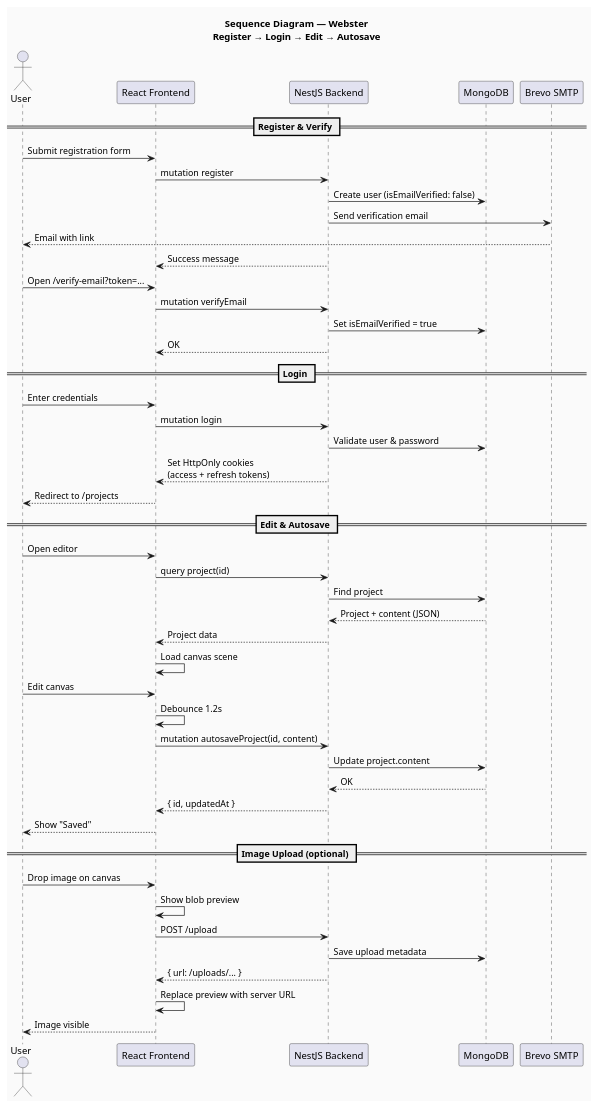
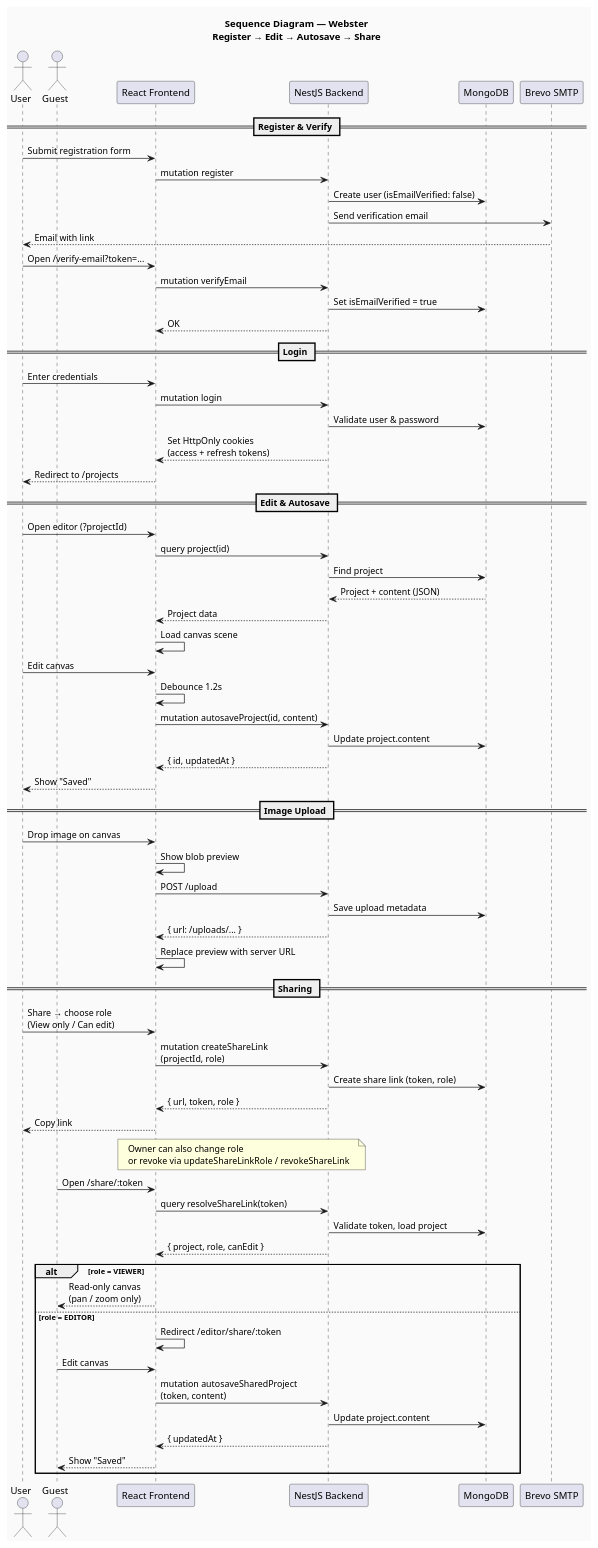
One commit to Lordpluha/webster changed the diagram in docs/diagrams/sequence.puml. Above: the diagram before and after it, drawn with PlantUML. The commit also changed 8 other files, not shown here.

```diff
--- a/docs/diagrams/sequence.puml
+++ b/docs/diagrams/sequence.puml
@@ -1,61 +1,87 @@
 @startuml sequence
 skinparam backgroundColor #FAFAFA
 
-title Sequence Diagram — Webster\nRegister → Login → Edit → Autosave
+title Sequence Diagram — Webster\nRegister → Edit → Autosave → Share
 
 actor User
+actor Guest
 participant "React Frontend" as FE
 participant "NestJS Backend" as BE
 participant "MongoDB" as DB
 participant "Brevo SMTP" as Mail
 
 == Register & Verify ==
 
 User -> FE : Submit registration form
 FE -> BE : mutation register
 BE -> DB : Create user (isEmailVerified: false)
 BE -> Mail : Send verification email
 Mail --> User : Email with link
-BE --> FE : Success message
-
 User -> FE : Open /verify-email?token=...
 FE -> BE : mutation verifyEmail
 BE -> DB : Set isEmailVerified = true
 BE --> FE : OK
 
 == Login ==
 
 User -> FE : Enter credentials
 FE -> BE : mutation login
 BE -> DB : Validate user & password
 BE --> FE : Set HttpOnly cookies\n(access + refresh tokens)
 FE --> User : Redirect to /projects
 
 == Edit & Autosave ==
 
-User -> FE : Open editor
+User -> FE : Open editor (?projectId)
 FE -> BE : query project(id)
 BE -> DB : Find project
 DB --> BE : Project + content (JSON)
 BE --> FE : Project data
 FE -> FE : Load canvas scene
 
 User -> FE : Edit canvas
 FE -> FE : Debounce 1.2s
 FE -> BE : mutation autosaveProject(id, content)
 BE -> DB : Update project.content
-DB --> BE : OK
 BE --> FE : { id, updatedAt }
 FE --> User : Show "Saved"
 
-== Image Upload (optional) ==
+== Image Upload ==
 
 User -> FE : Drop image on canvas
 FE -> FE : Show blob preview
 FE -> BE : POST /upload
 BE -> DB : Save upload metadata
 BE --> FE : { url: /uploads/... }
 FE -> FE : Replace preview with server URL
-FE --> User : Image visible
+
+== Sharing ==
+
+User -> FE : Share → choose role\n(View only / Can edit)
+FE -> BE : mutation createShareLink\n(projectId, role)
+BE -> DB : Create share link (token, role)
+BE --> FE : { url, token, role }
+FE --> User : Copy link
+
+note over FE, BE
+  Owner can also change role
+  or revoke via updateShareLinkRole / revokeShareLink
+end note
+
+Guest -> FE : Open /share/:token
+FE -> BE : query resolveShareLink(token)
+BE -> DB : Validate token, load project
+BE --> FE : { project, role, canEdit }
+
+alt role = VIEWER
+  FE --> Guest : Read-only canvas\n(pan / zoom only)
+else role = EDITOR
+  FE -> FE : Redirect /editor/share/:token
+  Guest -> FE : Edit canvas
+  FE -> BE : mutation autosaveSharedProject\n(token, content)
+  BE -> DB : Update project.content
+  BE --> FE : { updatedAt }
+  FE --> Guest : Show "Saved"
+end
 
 @enduml
```
